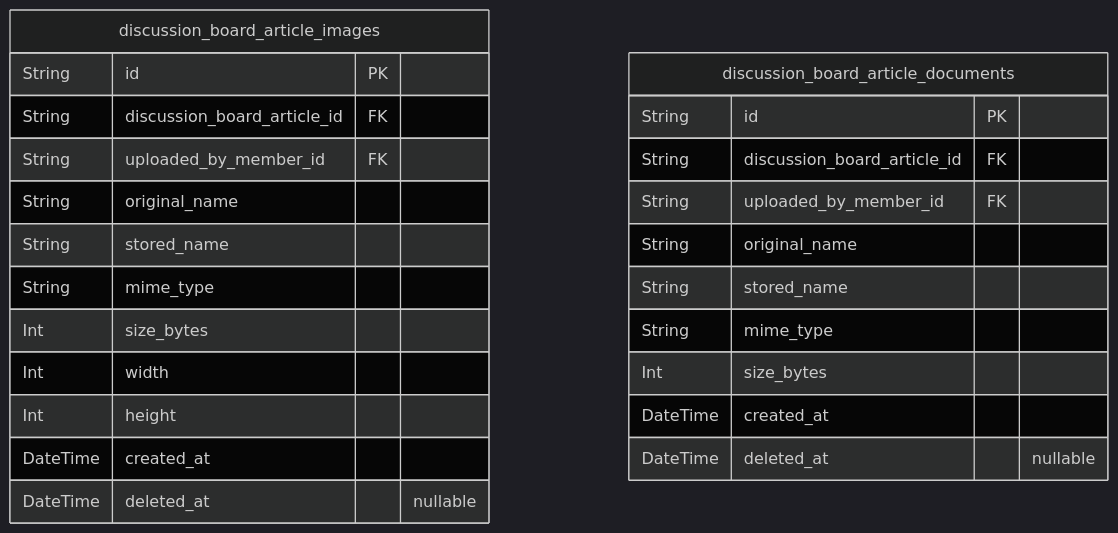
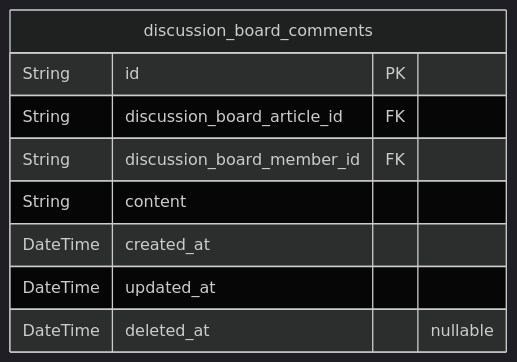
The fourth of 4 diagrams in anthropic/claude-sonnet-4.5/bbs/docs/ERD.md (wrtnlabs/autobe-examples), drawn with Mermaid (dark theme) before and after one commit. The commit also changed other lines of this file and 22498 other files, not shown here.

````diff
--- a/anthropic/claude-sonnet-4.5/bbs/docs/ERD.md
+++ b/anthropic/claude-sonnet-4.5/bbs/docs/ERD.md
@@ -528,27 +437,12 @@
 ```mermaid
 erDiagram
-"discussion_board_article_images" {
+"discussion_board_comments" {
   String id PK
   String discussion_board_article_id FK
-  String uploaded_by_member_id FK
-  String original_name
-  String stored_name
-  String mime_type
-  Int size_bytes
-  Int width
-  Int height
+  String discussion_board_member_id FK
+  String content
   DateTime created_at
-  DateTime deleted_at "nullable"
-}
-"discussion_board_article_documents" {
-  String id PK
-  String discussion_board_article_id FK
-  String uploaded_by_member_id FK
-  String original_name
-  String stored_name
-  String mime_type
-  Int size_bytes
-  DateTime created_at
+  DateTime updated_at
   DateTime deleted_at "nullable"
 }
 ```
````
